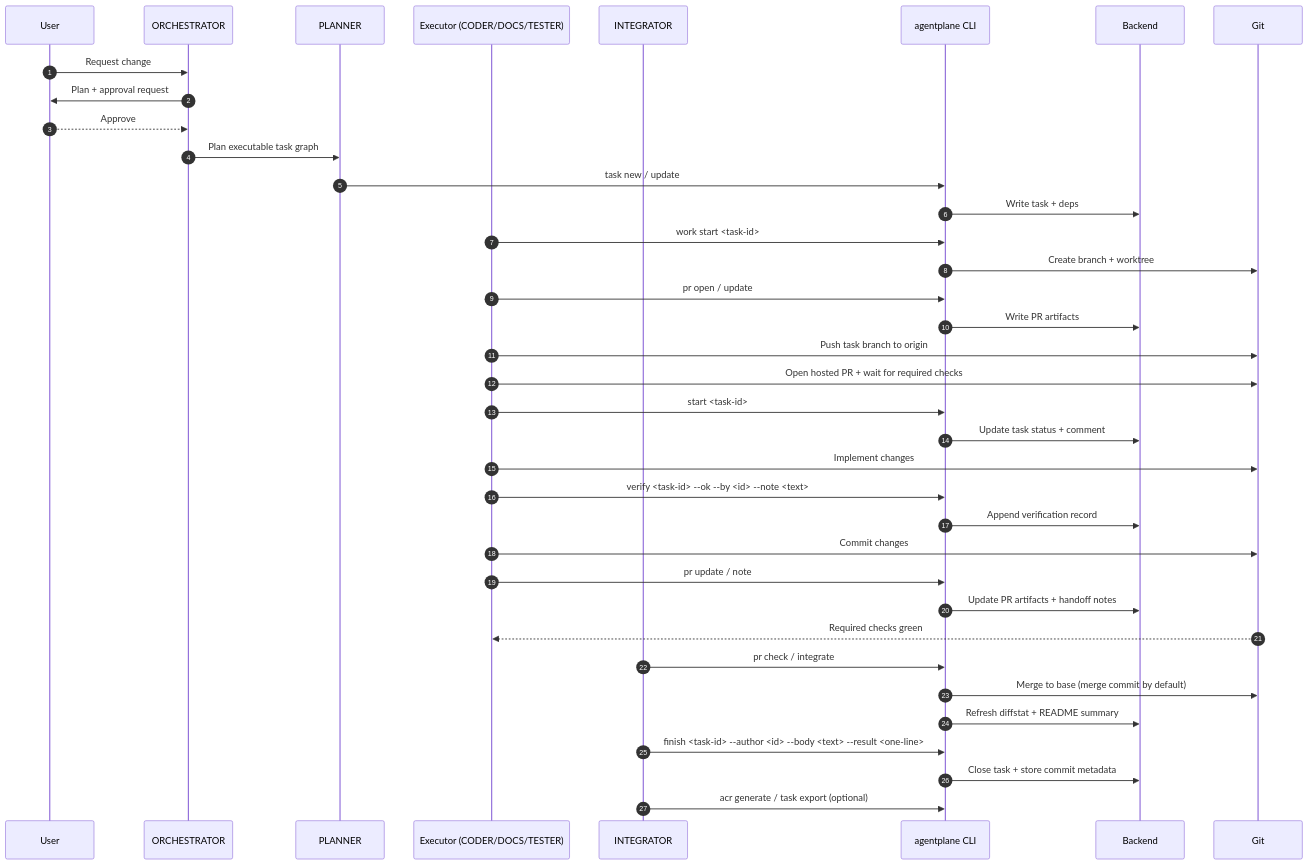
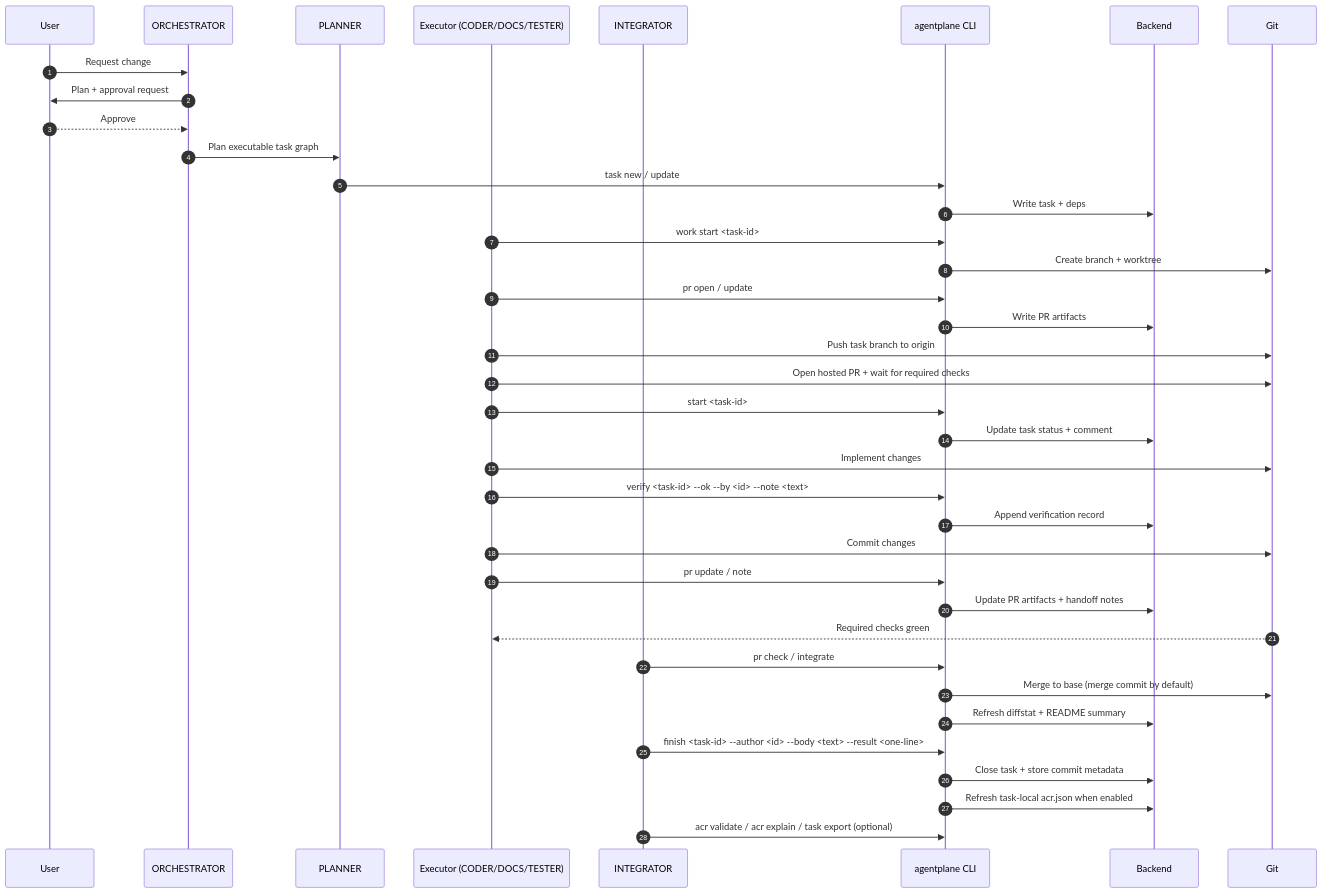
The third of 3 diagrams in docs/user/task-lifecycle.mdx (basilisk-labs/agentplane), drawn with Mermaid before and after one commit. The commit also changed other lines of this file and 33 other files, not shown here.

First line of the commit message:
🧩 886KZ6 code: complete ACR v0.1 CLI and finish integration

````diff
--- a/docs/user/task-lifecycle.mdx
+++ b/docs/user/task-lifecycle.mdx
@@ -157,40 +159,41 @@
 ```mermaid
 sequenceDiagram
   autonumber
   participant U as User
   participant O as ORCHESTRATOR
   participant P as PLANNER
   participant E as Executor (CODER/DOCS/TESTER)
   participant I as INTEGRATOR
   participant CLI as agentplane CLI
   participant B as Backend
   participant G as Git
 
   U->>O: Request change
   O->>U: Plan + approval request
   U-->>O: Approve
   O->>P: Plan executable task graph
   P->>CLI: task new / update
   CLI->>B: Write task + deps
   E->>CLI: work start <task-id>
   CLI->>G: Create branch + worktree
   E->>CLI: pr open / update
   CLI->>B: Write PR artifacts
   E->>G: Push task branch to origin
   E->>G: Open hosted PR + wait for required checks
   E->>CLI: start <task-id>
   CLI->>B: Update task status + comment
   E->>G: Implement changes
   E->>CLI: verify <task-id> --ok --by <id> --note <text>
   CLI->>B: Append verification record
   E->>G: Commit changes
   E->>CLI: pr update / note
   CLI->>B: Update PR artifacts + handoff notes
   G-->>E: Required checks green
   I->>CLI: pr check / integrate
   CLI->>G: Merge to base (merge commit by default)
   CLI->>B: Refresh diffstat + README summary
   I->>CLI: finish <task-id> --author <id> --body <text> --result <one-line>
   CLI->>B: Close task + store commit metadata
-  I->>CLI: acr generate / task export (optional)
+  CLI->>B: Refresh task-local acr.json when enabled
+  I->>CLI: acr validate / acr explain / task export (optional)
 ```
````
